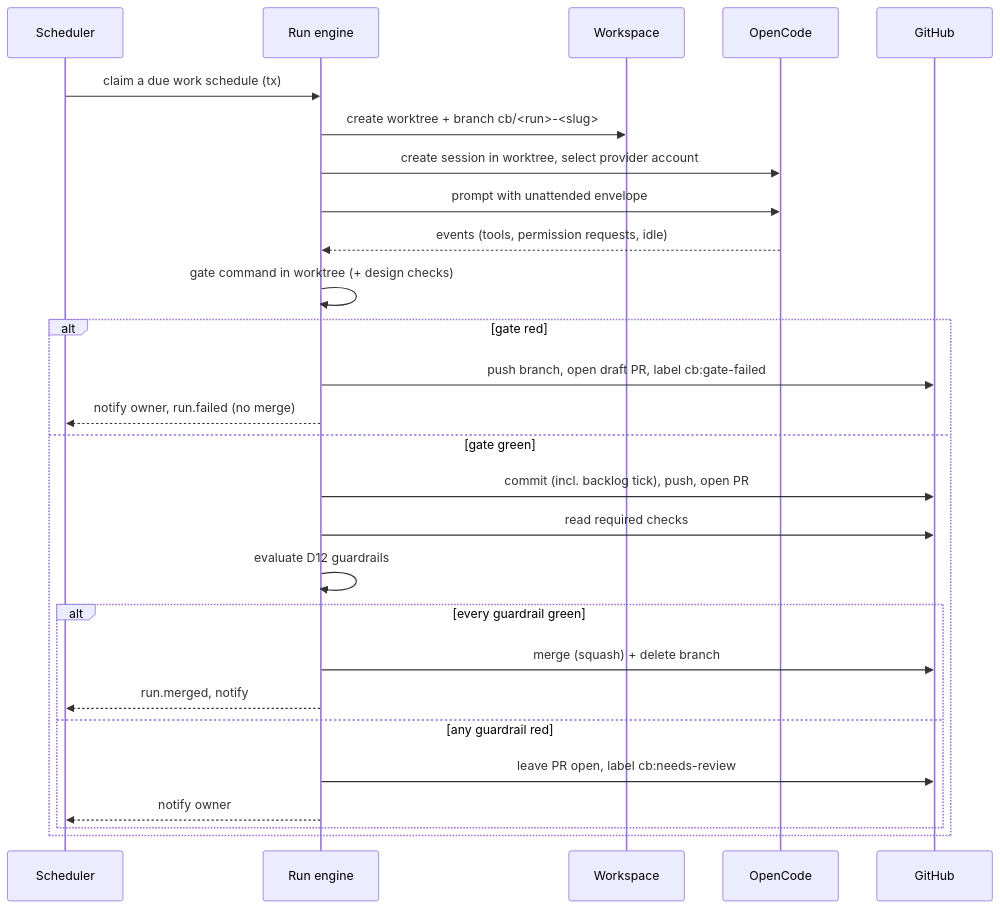
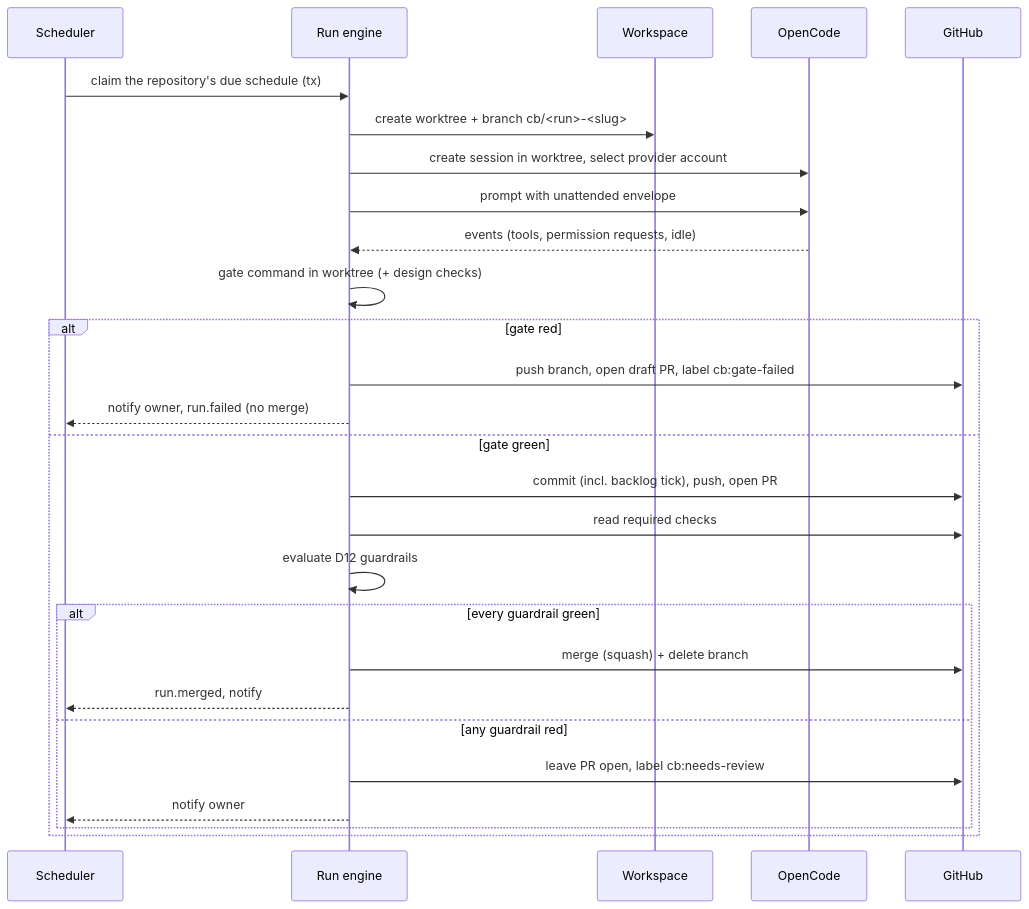
Before and after one commit to danihp6/codebox: the fourth of 5 diagrams in docs/architecture.md, drawn with Mermaid. The commit also changed other lines of this file and 12 other files, not shown here.

````diff
--- a/docs/architecture.md
+++ b/docs/architecture.md
@@ -276,30 +276,30 @@
 ```mermaid
 sequenceDiagram
   participant S as Scheduler
   participant R as Run engine
   participant W as Workspace
   participant O as OpenCode
   participant G as GitHub
 
-  S->>R: claim a due work schedule (tx)
+  S->>R: claim the repository's due schedule (tx)
   R->>W: create worktree + branch cb/<run>-<slug>
   R->>O: create session in worktree, select provider account
   R->>O: prompt with unattended envelope
   O-->>R: events (tools, permission requests, idle)
   R->>R: gate command in worktree (+ design checks)
   alt gate red
     R->>G: push branch, open draft PR, label cb:gate-failed
     R-->>S: notify owner, run.failed (no merge)
   else gate green
     R->>G: commit (incl. backlog tick), push, open PR
     R->>G: read required checks
     R->>R: evaluate D12 guardrails
     alt every guardrail green
       R->>G: merge (squash) + delete branch
       R-->>S: run.merged, notify
     else any guardrail red
       R->>G: leave PR open, label cb:needs-review
       R-->>S: notify owner
     end
   end
 ```
````
